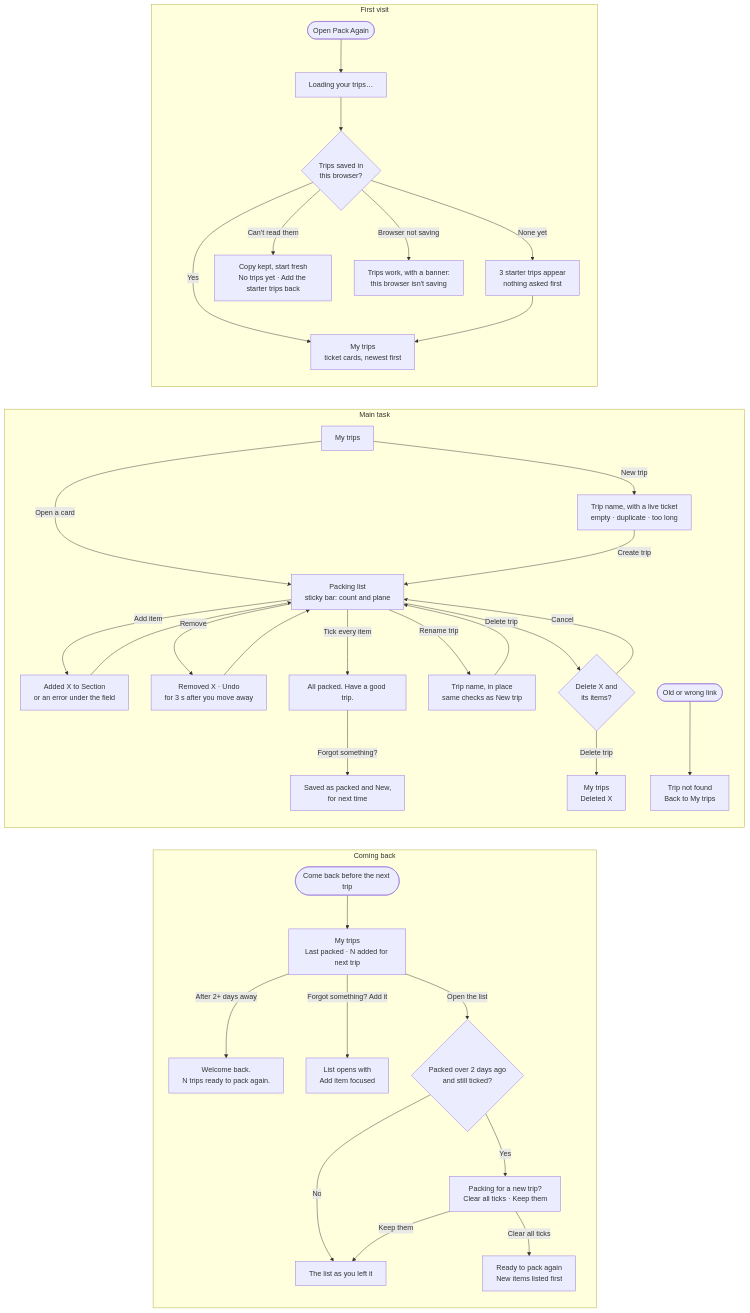
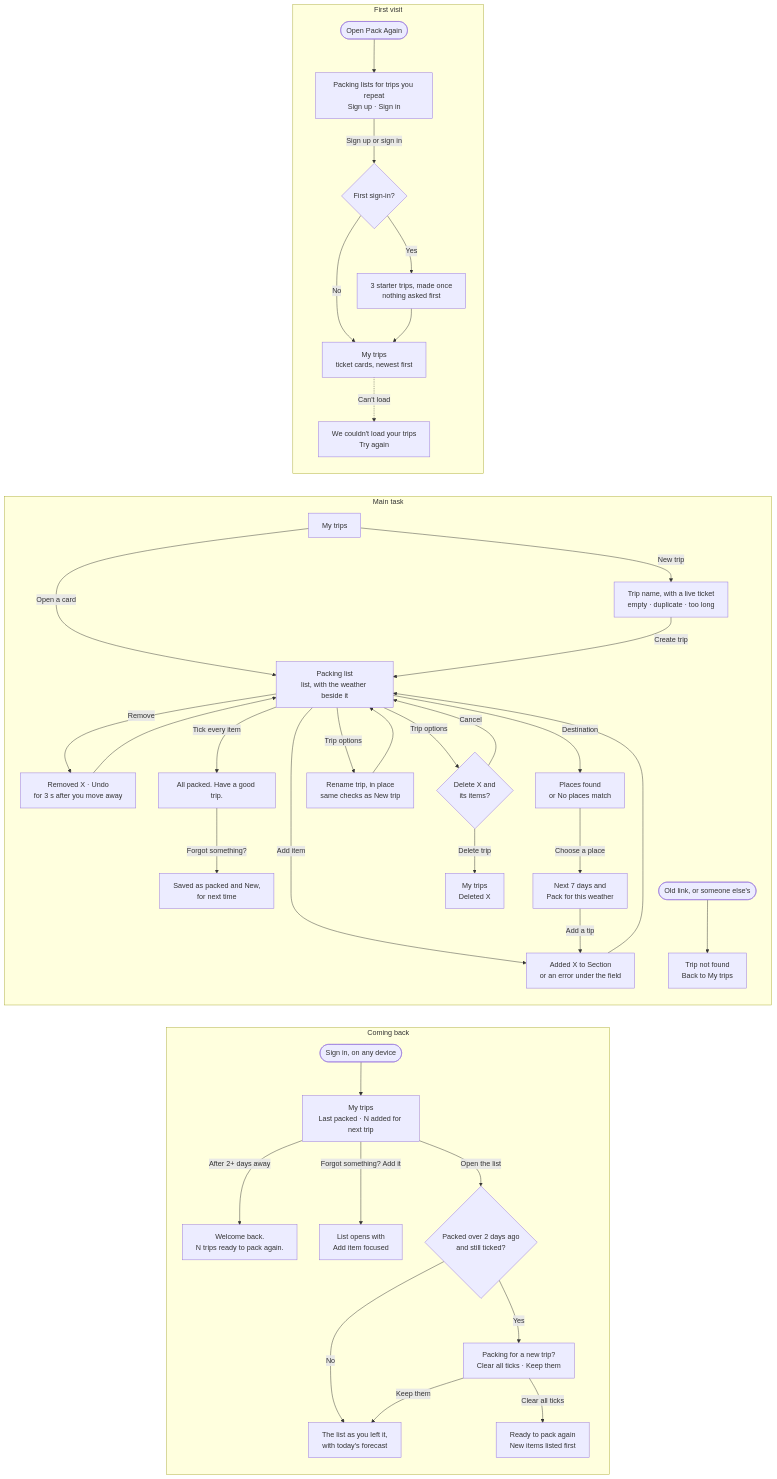
The diagram in flows.md (aorihuela7/design-assignment4), drawn with Mermaid before and after one commit. The commit also changed other lines of this file, not shown here.

Commit message:
Bring flows.md up to date with accounts, weather and the two-zone trip page
The diagram starts at sign-up and sign-in, adds the destination search and
Trip options, and the notes describe the Supabase store instead of
localStorage.

````diff
--- a/flows.md
+++ b/flows.md
@@ -5,48 +5,50 @@
 ```mermaid
 flowchart TD
   subgraph first["First visit"]
     direction TB
-    A1(["Open Pack Again"]) --> A2["Loading your trips…"]
-    A2 --> A3{"Trips saved in<br/>this browser?"}
-    A3 -- "None yet" --> A4["3 starter trips appear<br/>nothing asked first"]
-    A3 -- "Yes" --> A7
-    A3 -- "Can't read them" --> A5["Copy kept, start fresh<br/>No trips yet · Add the starter trips back"]
-    A3 -- "Browser not saving" --> A6["Trips work, with a banner:<br/>this browser isn't saving"]
-    A4 --> A7["My trips<br/>ticket cards, newest first"]
+    A1(["Open Pack Again"]) --> A2["Packing lists for trips you repeat<br/>Sign up · Sign in"]
+    A2 -- "Sign up or sign in" --> A3{"First sign-in?"}
+    A3 -- "Yes" --> A4["3 starter trips, made once<br/>nothing asked first"]
+    A3 -- "No" --> A6
+    A4 --> A6["My trips<br/>ticket cards, newest first"]
+    A6 -. "Can't load" .-> A5["We couldn't load your trips<br/>Try again"]
   end
 
   subgraph main["Main task"]
     direction TB
-    B1["My trips"] -- "Open a card" --> B3["Packing list<br/>sticky bar: count and plane"]
+    B1["My trips"] -- "Open a card" --> B3["Packing list<br/>list, with the weather beside it"]
     B1 -- "New trip" --> B2["Trip name, with a live ticket<br/>empty · duplicate · too long"]
     B2 -- "Create trip" --> B3
     B3 -- "Add item" --> B4["Added X to Section<br/>or an error under the field"]
     B4 --> B3
     B3 -- "Remove" --> B5["Removed X · Undo<br/>for 3 s after you move away"]
     B5 --> B3
     B3 -- "Tick every item" --> B6["All packed. Have a good trip."]
     B6 -- "Forgot something?" --> B7["Saved as packed and New,<br/>for next time"]
-    B3 -- "Rename trip" --> B10["Trip name, in place<br/>same checks as New trip"]
+    B3 -- "Destination" --> W1["Places found<br/>or No places match"]
+    W1 -- "Choose a place" --> W2["Next 7 days and<br/>Pack for this weather"]
+    W2 -- "Add a tip" --> B4
+    B3 -- "Trip options" --> B10["Rename trip, in place<br/>same checks as New trip"]
     B10 --> B3
-    B3 -- "Delete trip" --> B11{"Delete X and<br/>its items?"}
+    B3 -- "Trip options" --> B11{"Delete X and<br/>its items?"}
     B11 -- "Cancel" --> B3
     B11 -- "Delete trip" --> B12["My trips<br/>Deleted X"]
-    B8(["Old or wrong link"]) --> B9["Trip not found<br/>Back to My trips"]
+    B8(["Old link, or someone else's"]) --> B9["Trip not found<br/>Back to My trips"]
   end
 
   subgraph back["Coming back"]
     direction TB
-    C1(["Come back before the next trip"]) --> C2["My trips<br/>Last packed · N added for next trip"]
+    C1(["Sign in, on any device"]) --> C2["My trips<br/>Last packed · N added for next trip"]
     C2 -- "After 2+ days away" --> C3["Welcome back.<br/>N trips ready to pack again."]
     C2 -- "Forgot something? Add it" --> C7["List opens with<br/>Add item focused"]
     C2 -- "Open the list" --> C4{"Packed over 2 days ago<br/>and still ticked?"}
     C4 -- "Yes" --> C5["Packing for a new trip?<br/>Clear all ticks · Keep them"]
-    C4 -- "No" --> C8["The list as you left it"]
+    C4 -- "No" --> C8["The list as you left it,<br/>with today's forecast"]
     C5 -- "Clear all ticks" --> C6["Ready to pack again<br/>New items listed first"]
     C5 -- "Keep them" --> C8
   end
 
   %% Invisible links stack the three flows top to bottom.
   first ~~~ main
   main ~~~ back
 ```
````
